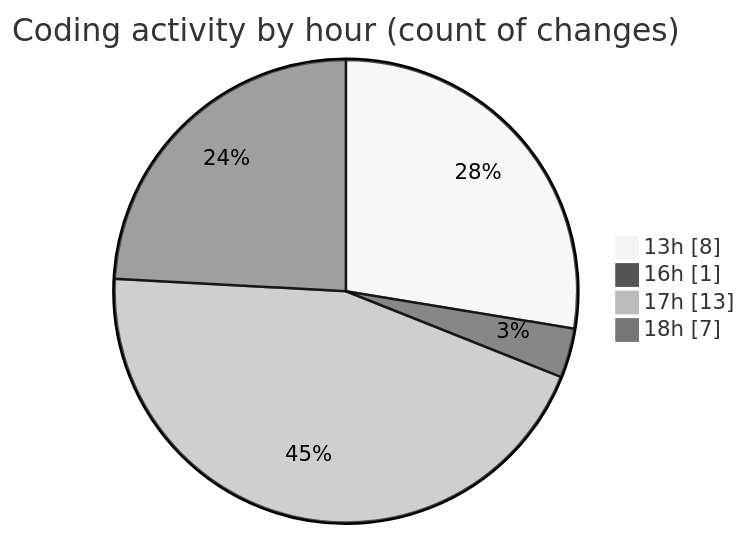
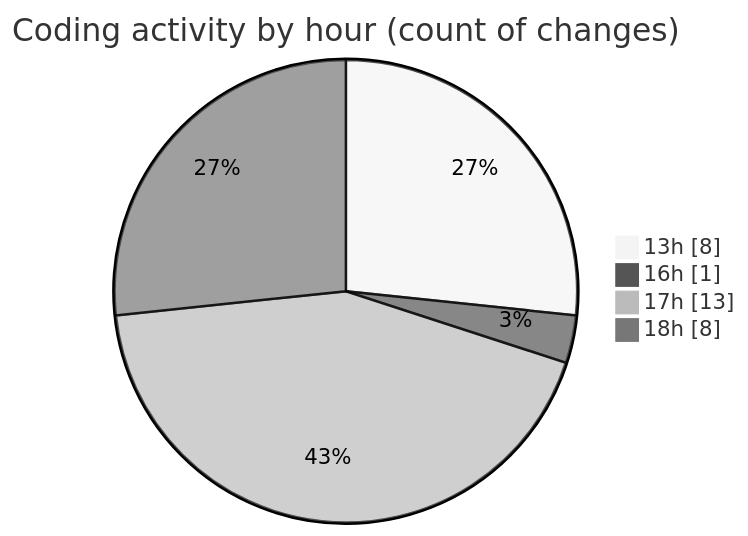
Before and after one commit to EIIisD/code-tracking: the second of 2 diagrams in 2025-08-24/chatgpt-extension/README.md, drawn with Mermaid (neutral theme). The commit also changed other lines of this file and 1 other file, not shown here.

````diff
--- a/2025-08-24/chatgpt-extension/README.md
+++ b/2025-08-24/chatgpt-extension/README.md
@@ -34,8 +34,8 @@
 ```mermaid
 pie showData
 title Coding activity by hour (count of changes)
 "13h" : 8
 "16h" : 1
 "17h" : 13
-"18h" : 7
+"18h" : 8
 ```
````
